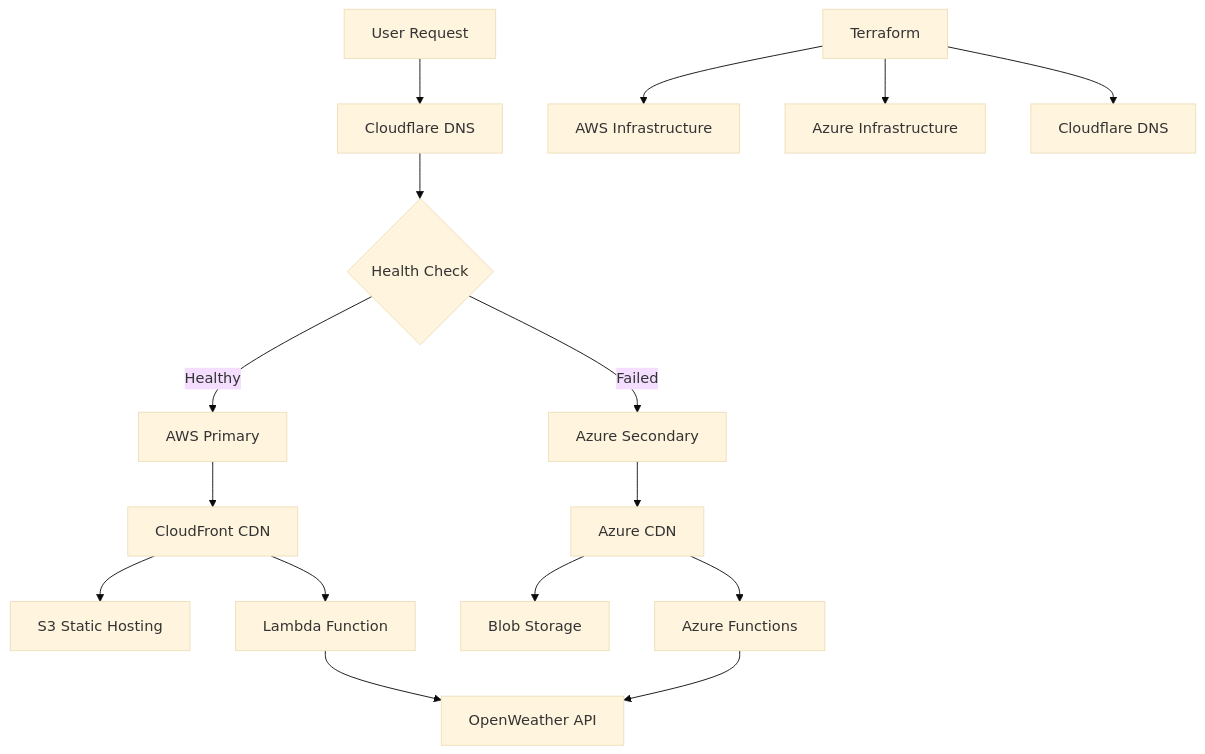
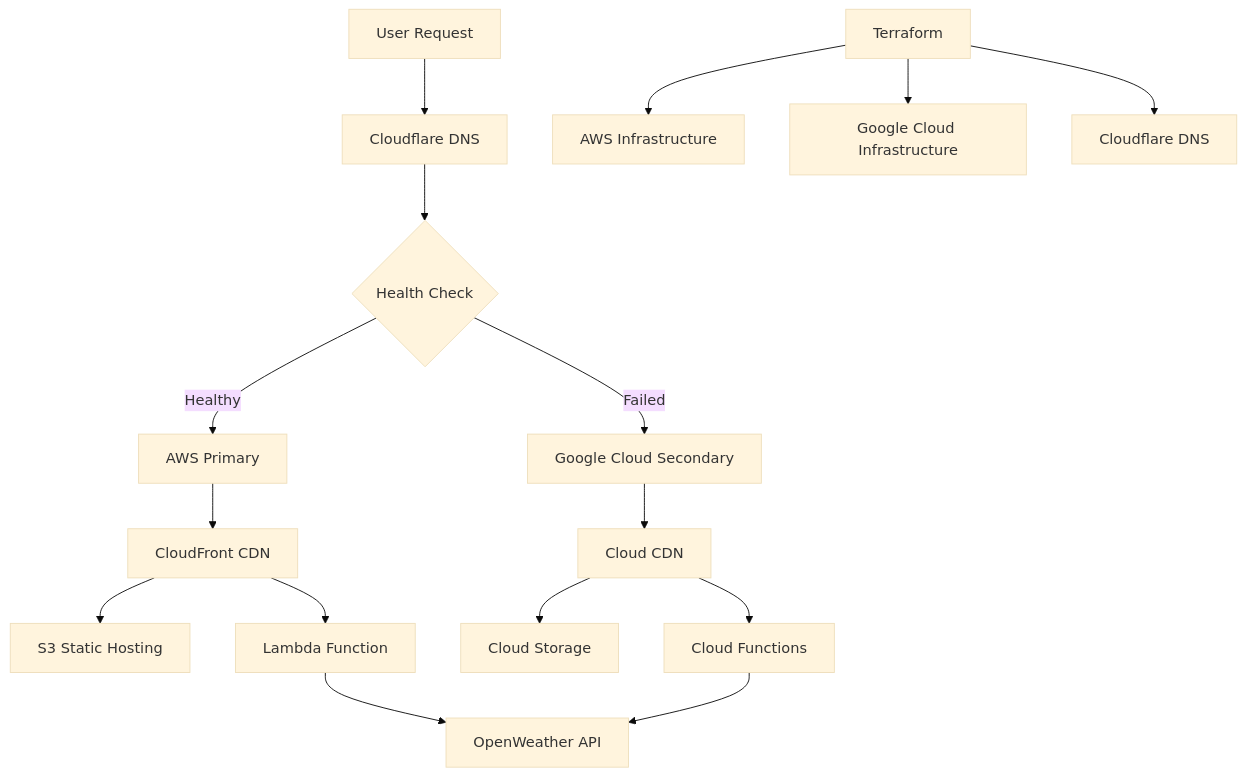
One commit to omesh7/aws-portfolio changed the diagram in 14-multicloud-weather-tracker/README.md. Above: the diagram before and after it, drawn with Mermaid (base theme). The commit also changed other lines of this file and 26 other files, not shown here.

First line of the commit message:
feat: Enhance deployment scripts for multi-cloud support with Google Cloud

````diff
--- a/14-multicloud-weather-tracker/README.md
+++ b/14-multicloud-weather-tracker/README.md
@@ -25,21 +25,21 @@
 ```mermaid
 graph TB
     A[User Request] --> B[Cloudflare DNS]
     B --> C{Health Check}
     C -->|Healthy| D[AWS Primary]
-    C -->|Failed| E[Azure Secondary]
+    C -->|Failed| E[Google Cloud Secondary]
     
     D --> F[CloudFront CDN]
     F --> G[S3 Static Hosting]
     F --> H[Lambda Function]
     H --> I[OpenWeather API]
     
-    E --> J[Azure CDN]
-    J --> K[Blob Storage]
-    J --> L[Azure Functions]
+    E --> J[Cloud CDN]
+    J --> K[Cloud Storage]
+    J --> L[Cloud Functions]
     L --> I
     
     M[Terraform] --> N[AWS Infrastructure]
-    M --> O[Azure Infrastructure]
+    M --> O[Google Cloud Infrastructure]
     M --> P[Cloudflare DNS]
 ```
````
